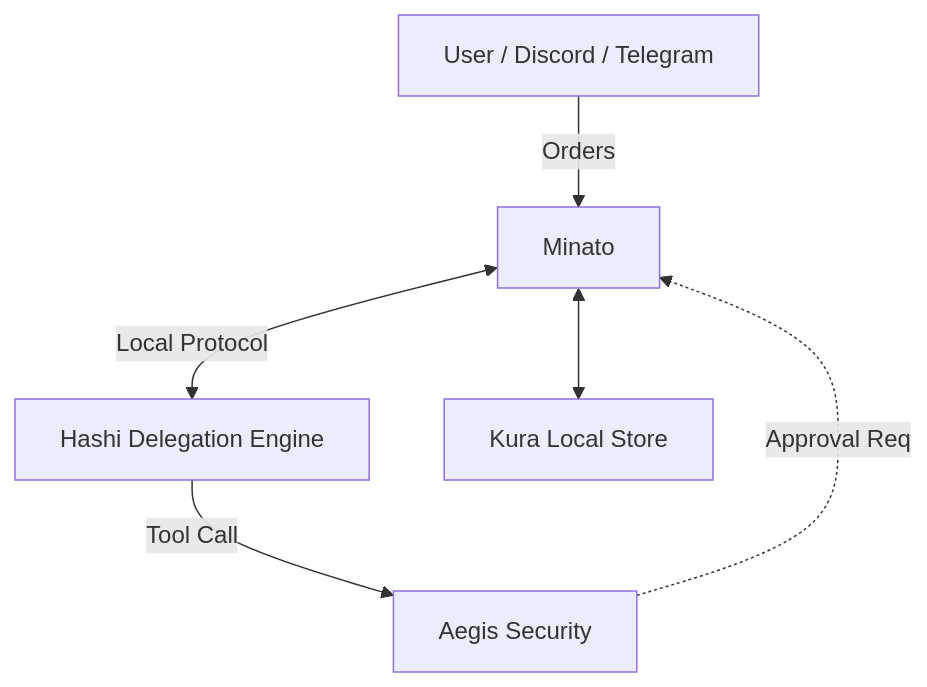
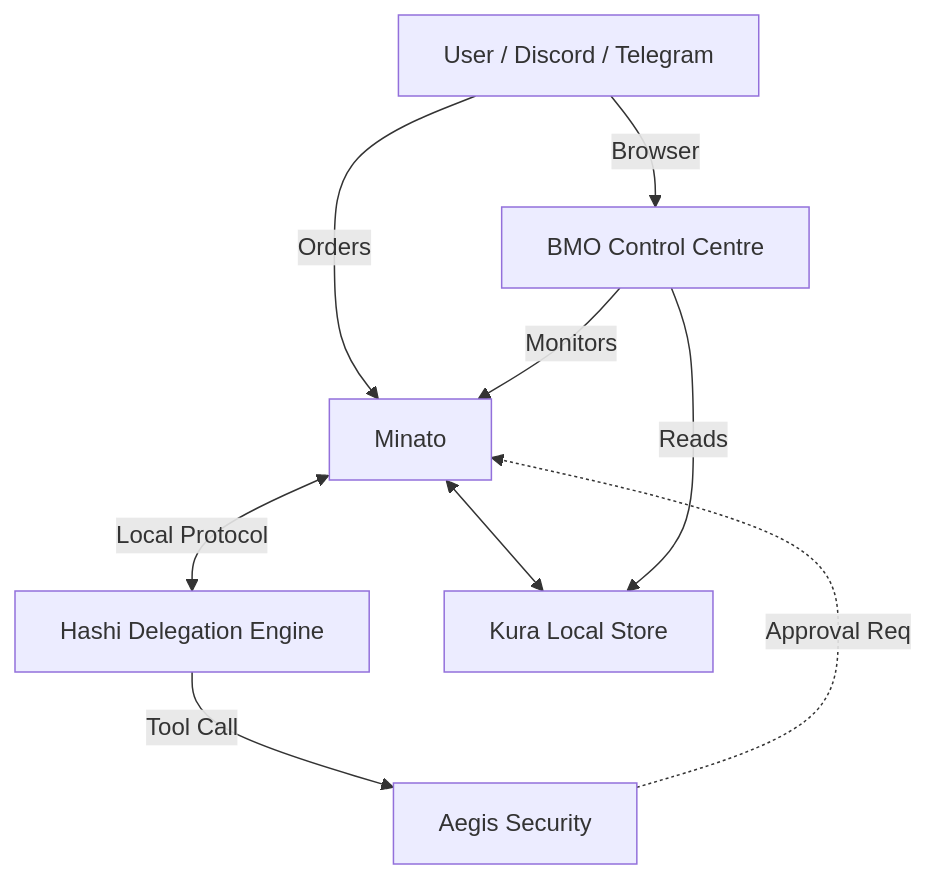
One commit to kagi-labs/minato changed the diagram in PROJECT.md. Above: the diagram before and after it, drawn with Mermaid. The commit also changed other lines of this file, not shown here.

First line of the commit message:
docs: add BMO Control Centre as web dashboard layer

````diff
--- a/PROJECT.md
+++ b/PROJECT.md
@@ -15,8 +15,11 @@
 ```mermaid
 graph TD
     User[User / Discord / Telegram] -->|Orders| Minato
+    User -->|Browser| ControlCentre[BMO Control Centre]
     Minato <-->|Local Protocol| Hashi[Hashi Delegation Engine]
     Hashi -->|Tool Call| Aegis[Aegis Security]
     Aegis -.->|Approval Req| Minato
     Minato <--> Kura[Kura Local Store]
+    ControlCentre -->|Reads| Kura
+    ControlCentre -->|Monitors| Minato
 ```
````
